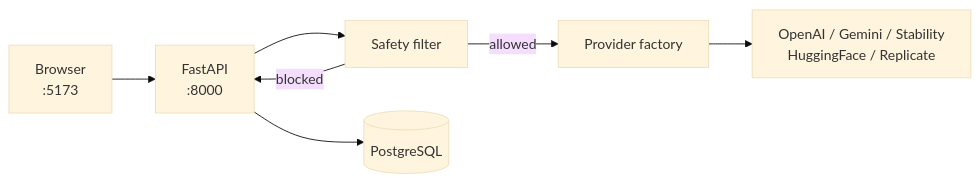
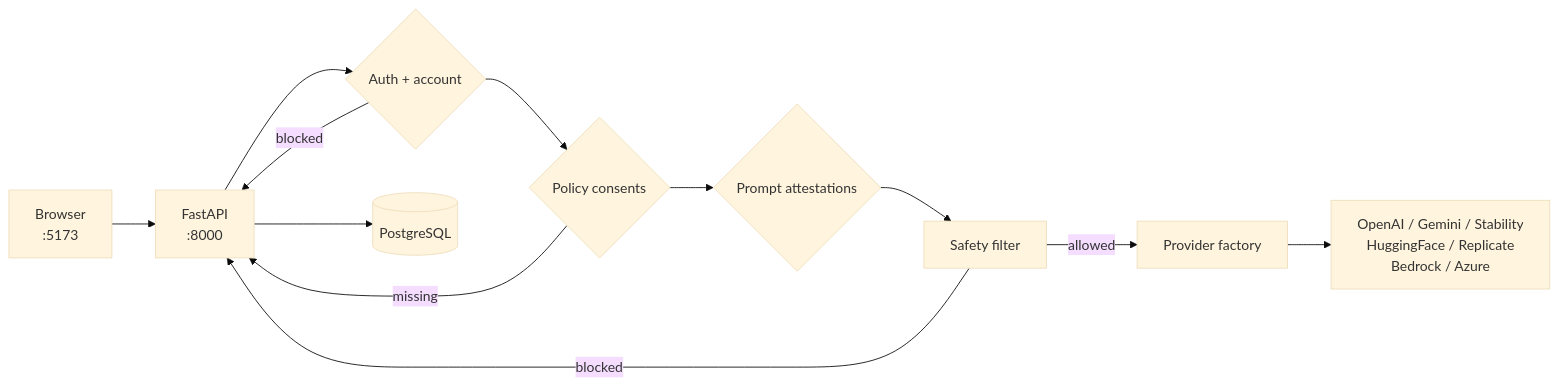
The diagram in README.md (Nditah/AI-Image-Gen), drawn with Mermaid (base theme) before and after one commit. The commit also changed other lines of this file and 30 other files, not shown here.

````diff
--- a/README.md
+++ b/README.md
@@ -49,9 +54,14 @@
 ```mermaid
 flowchart LR
   A[Browser<br/>:5173] --> B[FastAPI<br/>:8000]
-  B --> S[Safety filter]
-  S -->|blocked| B
-  S -->|allowed| C[Provider factory]
-  C --> D[OpenAI / Gemini / Stability<br/>HuggingFace / Replicate]
-  B --> E[(PostgreSQL)]
+  B --> C{Auth + account}
+  C -->|blocked| B
+  C --> D{Policy consents}
+  D -->|missing| B
+  D --> E{Prompt attestations}
+  E --> F[Safety filter]
+  F -->|blocked| B
+  F -->|allowed| G[Provider factory]
+  G --> H[OpenAI / Gemini / Stability<br/>HuggingFace / Replicate<br/>Bedrock / Azure]
+  B --> I[(PostgreSQL)]
 ```
````
